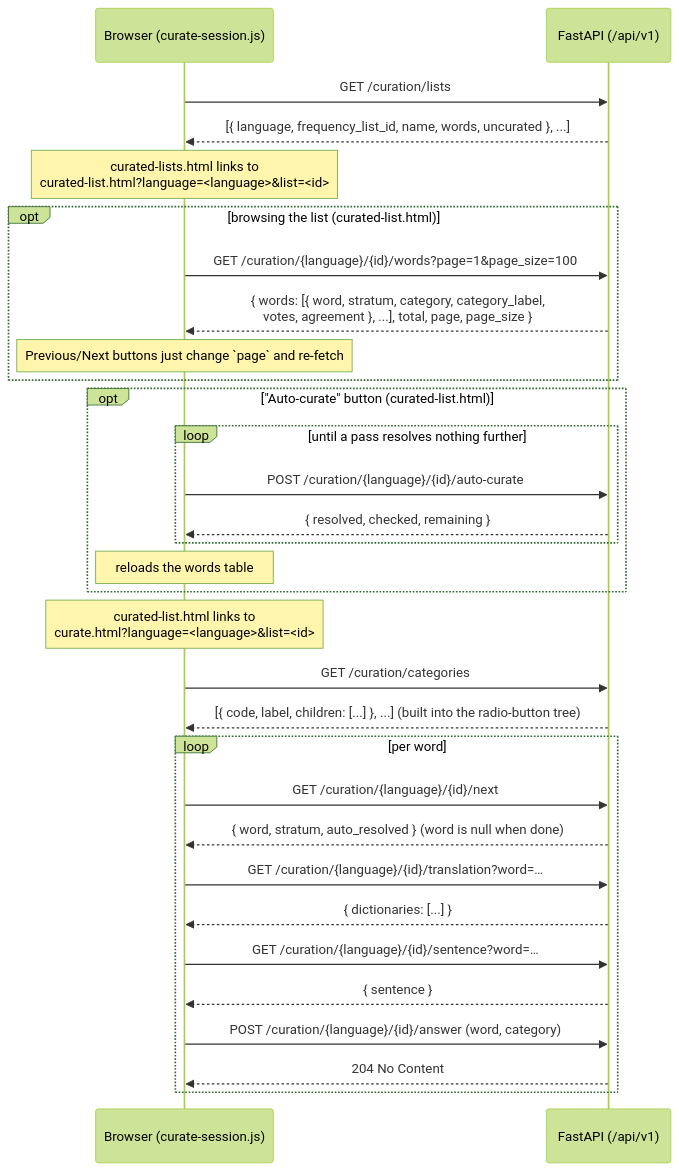
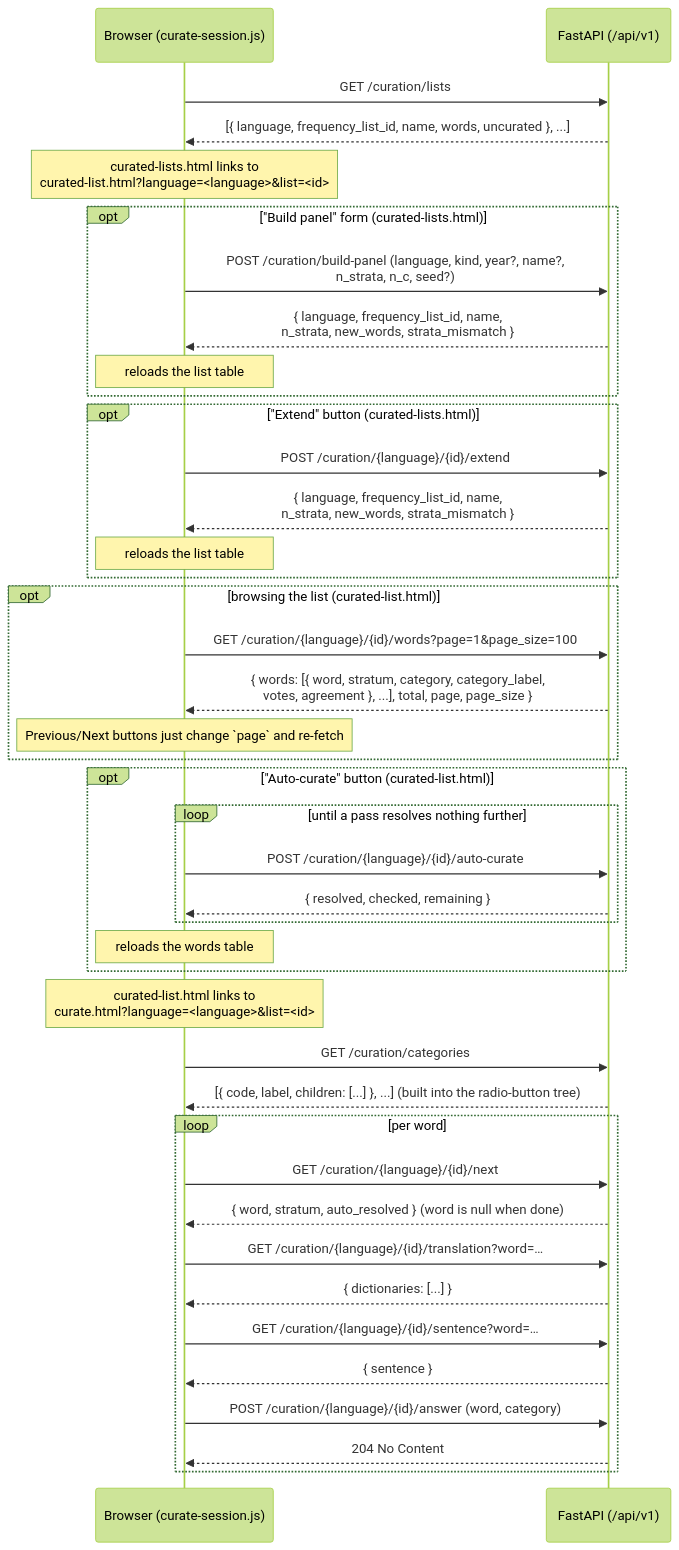
Before and after one commit to enzet/Emmio: the third of 3 diagrams in web/README.md, drawn with Mermaid (forest theme). The commit also changed other lines of this file and 17 other files, not shown here.

````diff
--- a/web/README.md
+++ b/web/README.md
@@ -205,38 +205,50 @@
 ```mermaid
 sequenceDiagram
     participant B as Browser (curate-session.js)
     participant A as FastAPI (/api/v1)
 
     B->>A: GET /curation/lists
     A-->>B: [{ language, frequency_list_id, name, words, uncurated }, ...]
     Note over B: curated-lists.html links to<br/>curated-list.html?language=<language>&list=<id>
+
+    opt "Build panel" form (curated-lists.html)
+        B->>A: POST /curation/build-panel (language, kind, year?, name?,<br/>n_strata, n_c, seed?)
+        A-->>B: { language, frequency_list_id, name,<br/>n_strata, new_words, strata_mismatch }
+        Note over B: reloads the list table
+    end
+
+    opt "Extend" button (curated-lists.html)
+        B->>A: POST /curation/{language}/{id}/extend
+        A-->>B: { language, frequency_list_id, name,<br/>n_strata, new_words, strata_mismatch }
+        Note over B: reloads the list table
+    end
 
     opt browsing the list (curated-list.html)
         B->>A: GET /curation/{language}/{id}/words?page=1&page_size=100
         A-->>B: { words: [{ word, stratum, category, category_label,<br/>votes, agreement }, ...], total, page, page_size }
         Note over B: Previous/Next buttons just change `page` and re-fetch
     end
 
     opt "Auto-curate" button (curated-list.html)
         loop until a pass resolves nothing further
             B->>A: POST /curation/{language}/{id}/auto-curate
             A-->>B: { resolved, checked, remaining }
         end
         Note over B: reloads the words table
     end
 
     Note over B: curated-list.html links to<br/>curate.html?language=<language>&list=<id>
     B->>A: GET /curation/categories
     A-->>B: [{ code, label, children: [...] }, ...]  (built into the radio-button tree)
 
     loop per word
         B->>A: GET /curation/{language}/{id}/next
         A-->>B: { word, stratum, auto_resolved }  (word is null when done)
         B->>A: GET /curation/{language}/{id}/translation?word=…
         A-->>B: { dictionaries: [...] }
         B->>A: GET /curation/{language}/{id}/sentence?word=…
         A-->>B: { sentence }
         B->>A: POST /curation/{language}/{id}/answer (word, category)
         A-->>B: 204 No Content
     end
 ```
````
